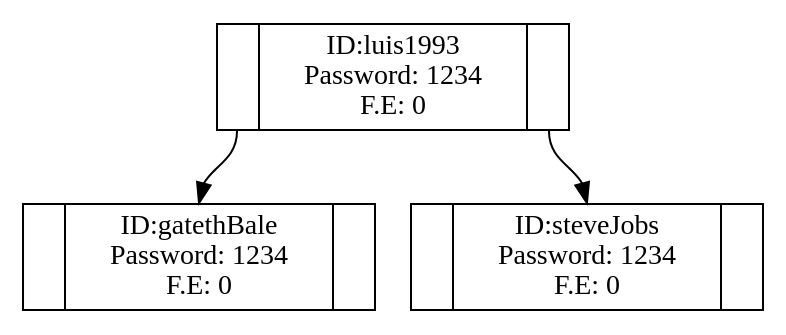
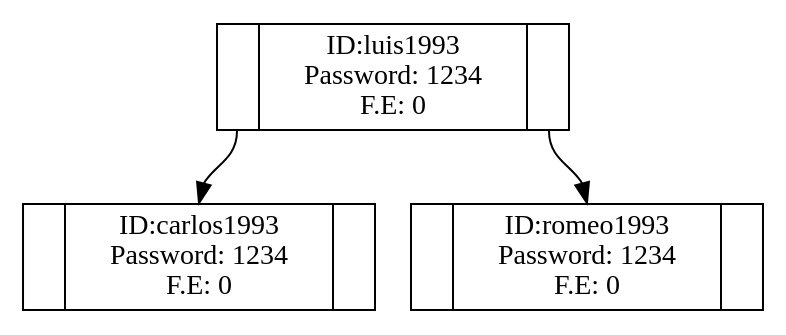
One commit to Luiskr1993/Proyecto1s22015_201122864a changed the diagram in Graphviz/arbolAdmin.dot. Above: the diagram before and after it, drawn with Graphviz. The commit also changed 22 other files, not shown here.

```diff
--- a/Graphviz/arbolAdmin.dot
+++ b/Graphviz/arbolAdmin.dot
@@ -1,8 +1,8 @@
 digraph Arbol{
 node [shape=record];
 n_luis1993[label = "<izq> |<dat> ID:luis1993 \n Password: 1234\n F.E:  0 |<der>"]
-n_luis1993:izq -> n_gatethBale:dat;
-n_gatethBale[label = "<izq> |<dat> ID:gatethBale \n Password: 1234\n F.E:  0 |<der>"]
-n_luis1993:der -> n_steveJobs:dat;
-n_steveJobs[label = "<izq> |<dat> ID:steveJobs \n Password: 1234\n F.E:  0 |<der>"]
+n_luis1993:izq -> n_carlos1993:dat;
+n_carlos1993[label = "<izq> |<dat> ID:carlos1993 \n Password: 1234\n F.E:  0 |<der>"]
+n_luis1993:der -> n_romeo1993:dat;
+n_romeo1993[label = "<izq> |<dat> ID:romeo1993 \n Password: 1234\n F.E:  0 |<der>"]
 }
```
